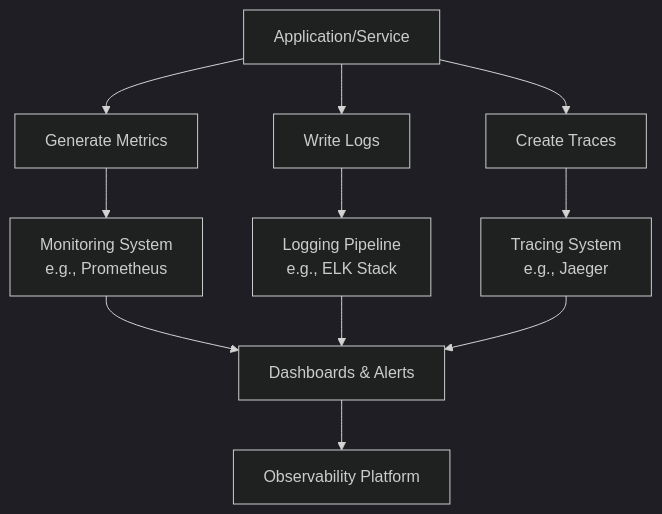
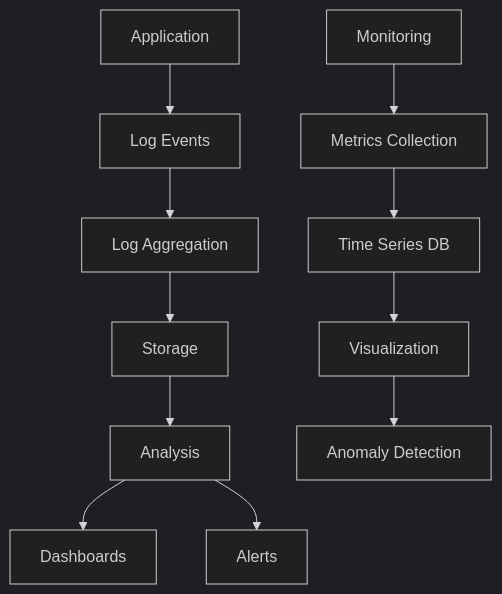
One commit to VrushankPatel/interview-matters changed the diagram in monitoring-and-logging/README.md. Above: the diagram before and after it, drawn with Mermaid (dark theme). The commit also changed other lines of this file and 4 other files, not shown here.

Commit message:
kb: add/update topics replication-vs-sharding-vs-partitioning, caching, latency-and-throughput-zero-to-hero, monitoring-and-logging, async-logging

````diff
--- a/monitoring-and-logging/README.md
+++ b/monitoring-and-logging/README.md
@@ -33,13 +46,14 @@
 ```mermaid
 graph TD
-    A[Application/Service] --> B[Generate Metrics]
-    A --> C[Write Logs]
-    A --> D[Create Traces]
-    B --> E[Monitoring System<br/>e.g., Prometheus]
-    C --> F[Logging Pipeline<br/>e.g., ELK Stack]
-    D --> G[Tracing System<br/>e.g., Jaeger]
-    E --> H[Dashboards & Alerts]
-    F --> H
-    G --> H
-    H --> I[Observability Platform]
+    A[Application] --> B[Log Events]
+    B --> C[Log Aggregation]
+    C --> D[Storage]
+    D --> E[Analysis]
+    E --> F[Dashboards]
+    E --> G[Alerts]
+    
+    H[Monitoring] --> I[Metrics Collection]
+    I --> J[Time Series DB]
+    J --> K[Visualization]
+    K --> L[Anomaly Detection]
 ```
````
